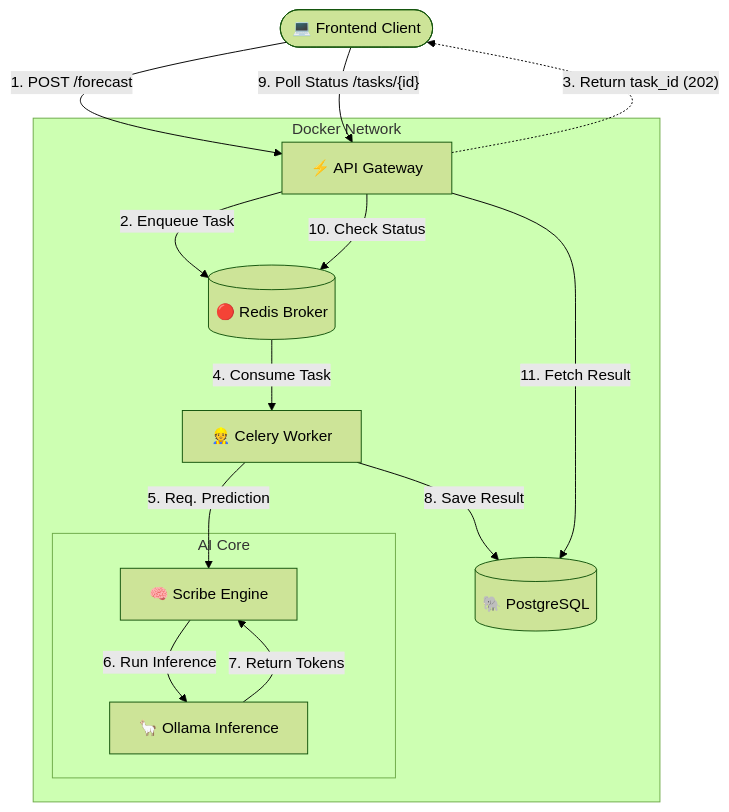
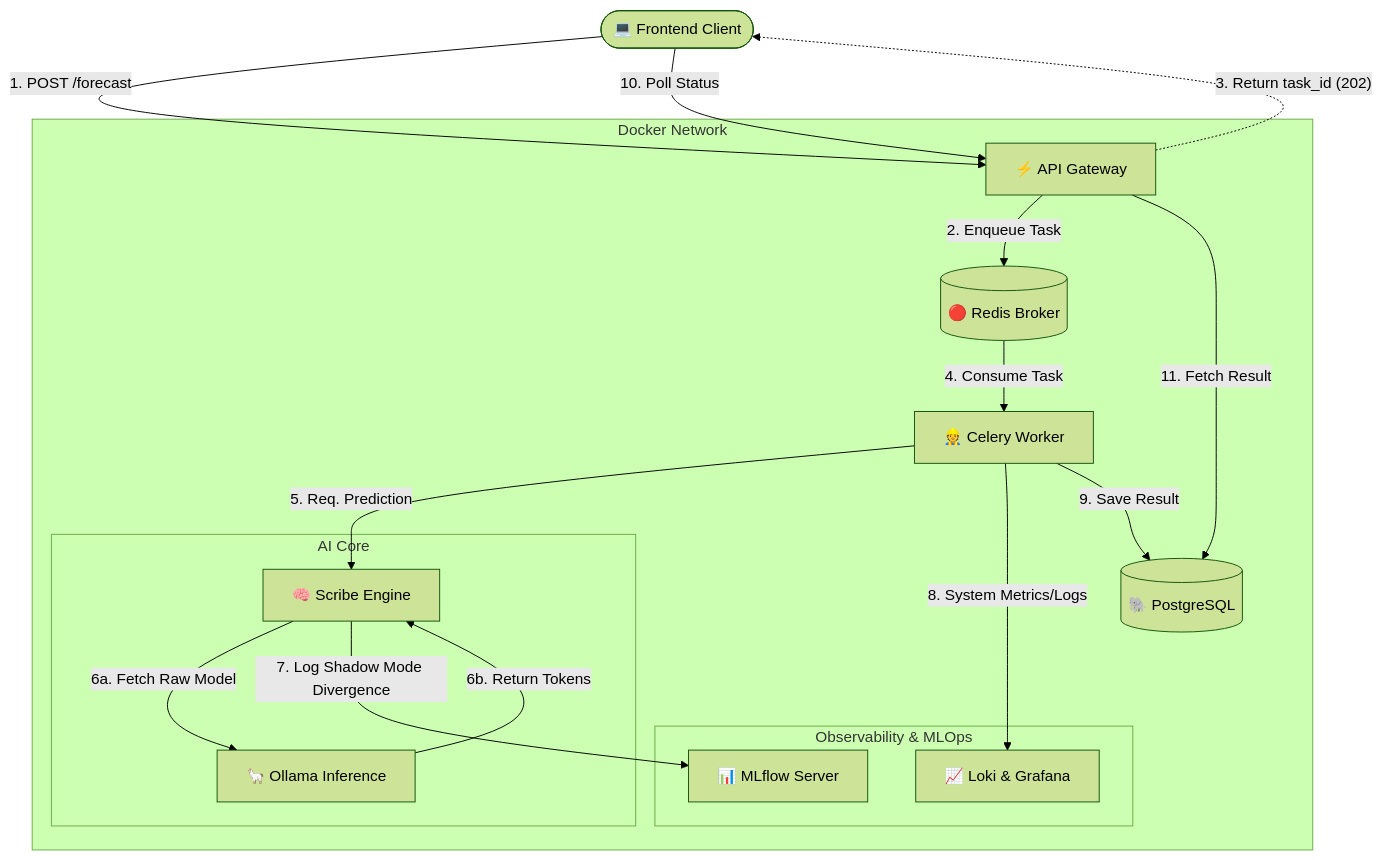
The diagram in docs/architecture.mmd (MuhammetAliVarlik/FinwiseBackend), drawn with Mermaid (forest theme) before and after one commit. The commit also changed 18 other files, not shown here.

```diff
--- a/docs/architecture.mmd
+++ b/docs/architecture.mmd
@@ -1,30 +1,38 @@
 graph TD
     %% Nodes
     Client([💻 Frontend Client])
     
-    subgraph "Docker Network"
+    subgraph DockerNetwork ["Docker Network"]
         API[⚡ API Gateway]
         Redis[(🔴 Redis Broker)]
         Worker[👷 Celery Worker]
         DB[(🐘 PostgreSQL)]
         
-        subgraph "AI Core"
+        subgraph AICore ["AI Core"]
             Scribe[🧠 Scribe Engine]
             Ollama[🦙 Ollama Inference]
+        end
+        
+        subgraph Observability ["Observability & MLOps"]
+            MLflow[📊 MLflow Server]
+            Grafana[📈 Loki & Grafana]
         end
     end
 
     %% Flows
-    Client -- "1. POST /forecast" --> API
-    API -- "2. Enqueue Task" --> Redis
-    API -. "3. Return task_id (202)" .-> Client
+    Client -->|"1. POST /forecast"| API
+    API -->|"2. Enqueue Task"| Redis
+    API -.->|"3. Return task_id (202)"| Client
     
-    Redis -- "4. Consume Task" --> Worker
-    Worker -- "5. Req. Prediction" --> Scribe
-    Scribe -- "6. Run Inference" --> Ollama
-    Ollama -- "7. Return Tokens" --> Scribe
+    Redis -->|"4. Consume Task"| Worker
+    Worker -->|"5. Req. Prediction"| Scribe
     
-    Worker -- "8. Save Result" --> DB
-    Client -- "9. Poll Status /tasks/{id}" --> API
-    API -- "10. Check Status" --> Redis
-    API -- "11. Fetch Result" --> DB
+    Scribe -->|"6a. Fetch Raw Model"| Ollama
+    Ollama -->|"6b. Return Tokens"| Scribe
+    
+    Scribe -->|"7. Log Shadow Mode Divergence"| MLflow
+    Worker -->|"8. System Metrics/Logs"| Grafana
+    
+    Worker -->|"9. Save Result"| DB
+    Client -->|"10. Poll Status"| API
+    API -->|"11. Fetch Result"| DB
```
